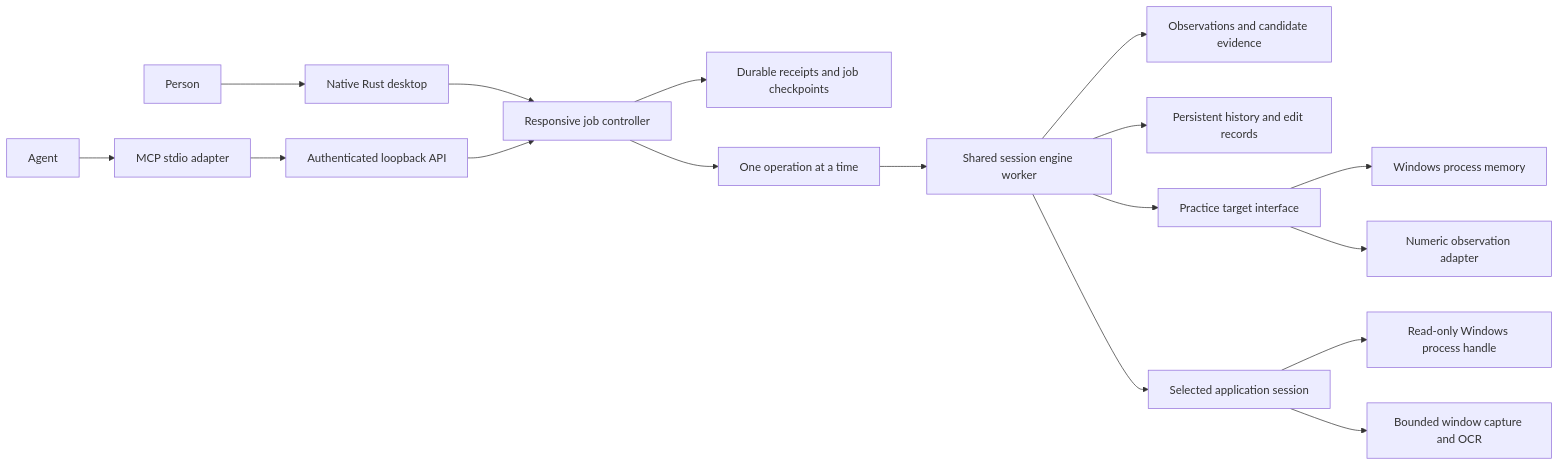
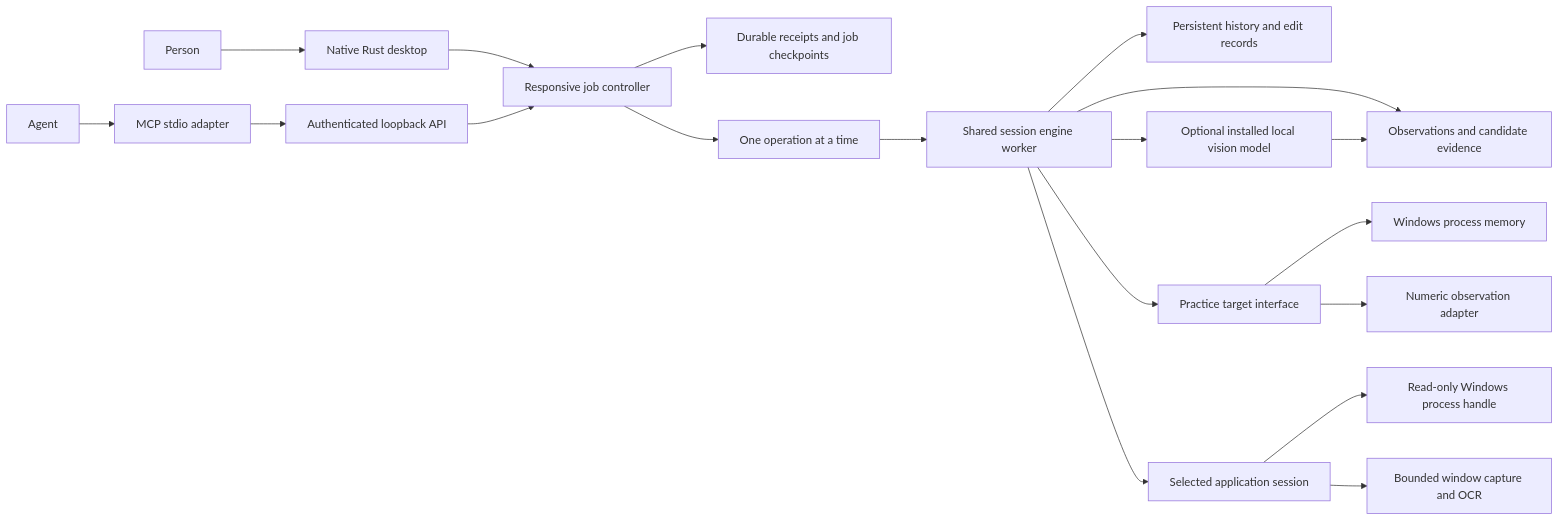
Before and after one commit to skulitom/Reversebolt: the diagram in docs/ARCHITECTURE.md, drawn with Mermaid. The commit also changed other lines of this file and 21 other files, not shown here.

Commit message:
Integrate bounded local vision into shared automatic discovery jobs

````diff
--- a/docs/ARCHITECTURE.md
+++ b/docs/ARCHITECTURE.md
@@ -3,19 +3,21 @@
 ```mermaid
 flowchart LR
     Person[Person] --> Desktop[Native Rust desktop]
     Agent[Agent] --> MCP[MCP stdio adapter]
     MCP --> API[Authenticated loopback API]
     Desktop --> Controller[Responsive job controller]
     API --> Controller
     Controller --> Journal[Durable receipts and job checkpoints]
     Controller --> Queue[One operation at a time]
     Queue --> Engine[Shared session engine worker]
     Engine --> Evidence[Observations and candidate evidence]
     Engine --> History[Persistent history and edit records]
     Engine --> Target[Practice target interface]
     Engine --> Live[Selected application session]
     Live --> Native[Read-only Windows process handle]
     Live --> Window[Bounded window capture and OCR]
+    Engine --> Observer[Optional installed local vision model]
+    Observer --> Evidence
     Target --> Memory[Windows process memory]
     Target --> Observations[Numeric observation adapter]
 ```
````
